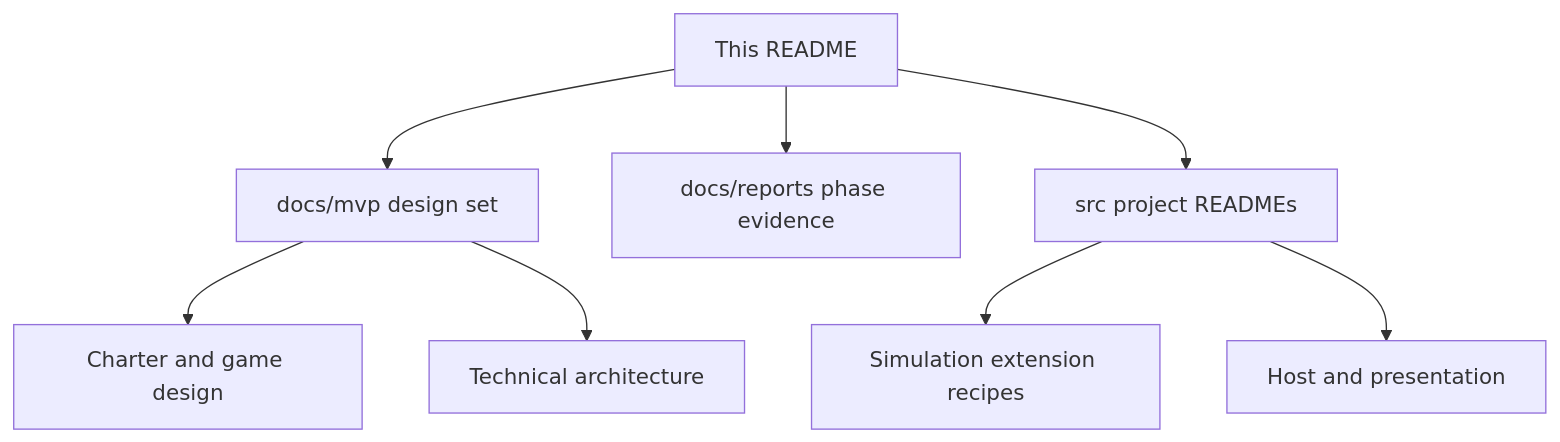
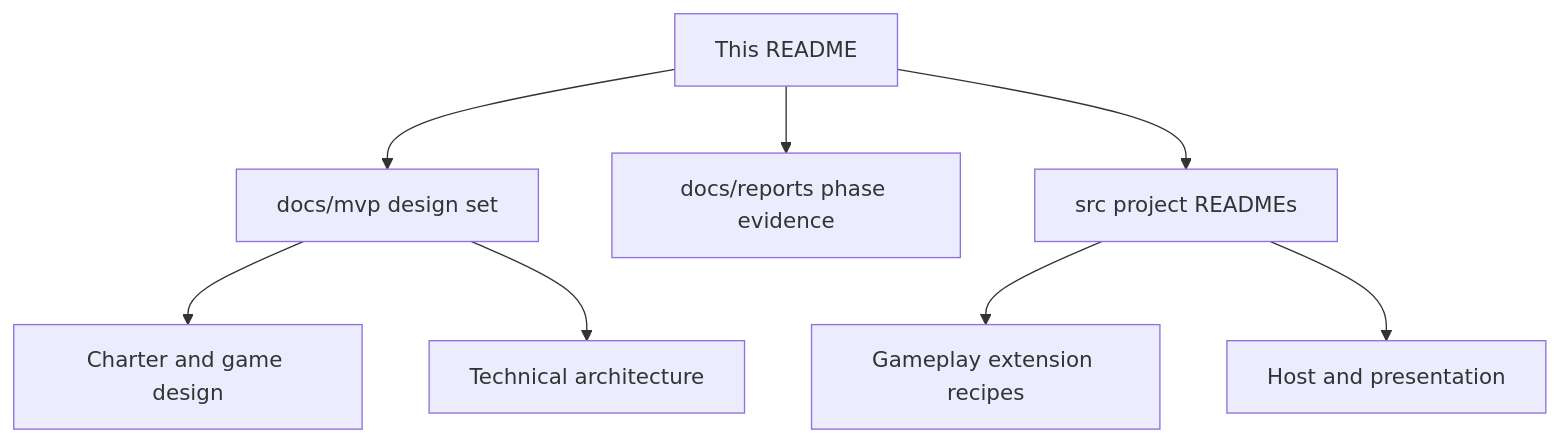
Before and after one commit to pabloordonez/monogame-ship-incremental: the second of 3 diagrams in README.md, drawn with Mermaid. The commit also changed other lines of this file and 259 other files, not shown here.

First line of the commit message:
Refactor simulation to gameplay and update project structure

````diff
--- a/README.md
+++ b/README.md
@@ -32,10 +32,10 @@
 ```mermaid
 flowchart TB
   RootReadme[This README] --> MvpDocs[docs/mvp design set]
   RootReadme --> Reports[docs/reports phase evidence]
   RootReadme --> ProjectGuides[src project READMEs]
   MvpDocs --> Charter[Charter and game design]
   MvpDocs --> Arch[Technical architecture]
-  ProjectGuides --> SimGuide[Simulation extension recipes]
+  ProjectGuides --> SimGuide[Gameplay extension recipes]
   ProjectGuides --> GameGuide[Host and presentation]
 ```
````
